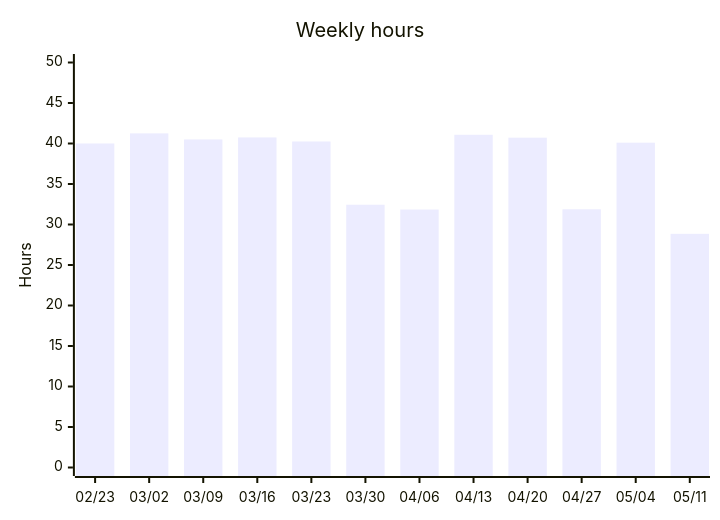
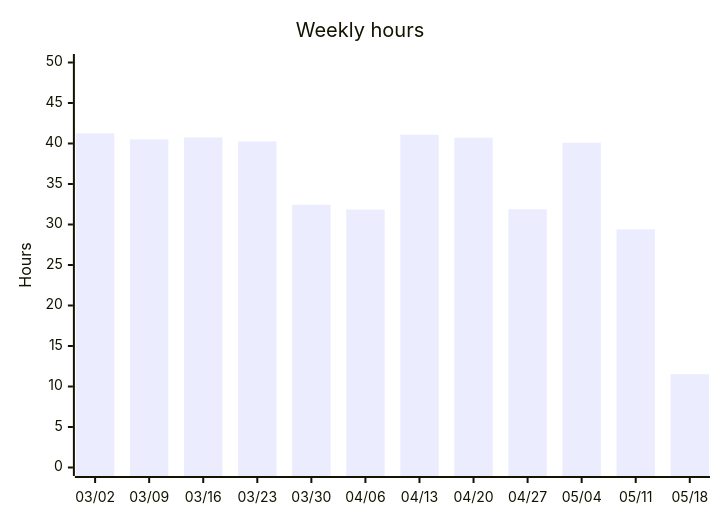
One commit to albinforsberg-netizen/timeclock changed the third of 5 diagrams in README.org. Above: the diagram before and after it, drawn with Mermaid. The commit also changed other lines of this file, not shown here.

```diff
--- a/README.org
+++ b/README.org
@@ -99,7 +101,7 @@
 #+begin_src mermaid
 xychart-beta
     title "Weekly hours"
-    x-axis ["02/23", "03/02", "03/09", "03/16", "03/23", "03/30", "04/06", "04/13", "04/20", "04/27", "05/04", "05/11"]
+    x-axis ["03/02", "03/09", "03/16", "03/23", "03/30", "04/06", "04/13", "04/20", "04/27", "05/04", "05/11", "05/18"]
     y-axis "Hours" 0 --> 50
-    bar [40.00, 41.25, 40.50, 40.75, 40.25, 32.44, 31.85, 41.08, 40.72, 31.88, 40.10, 28.85]
+    bar [41.25, 40.50, 40.75, 40.25, 32.44, 31.85, 41.08, 40.72, 31.88, 40.10, 29.40, 11.52]
 #+end_src
```
